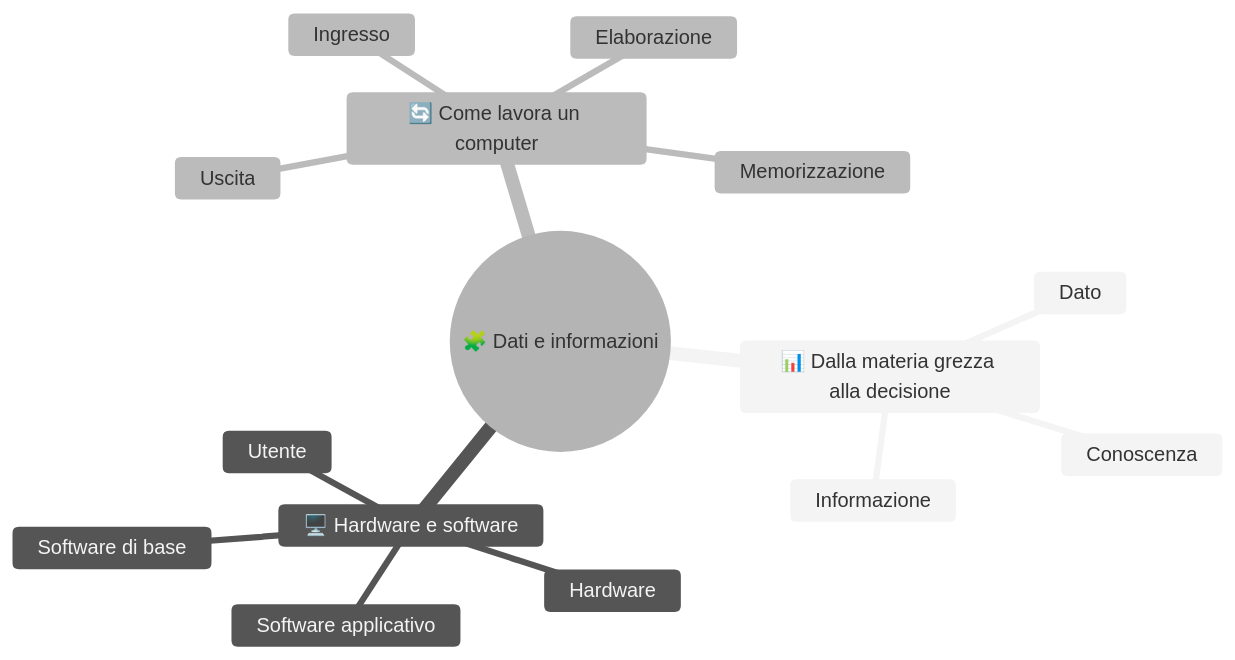
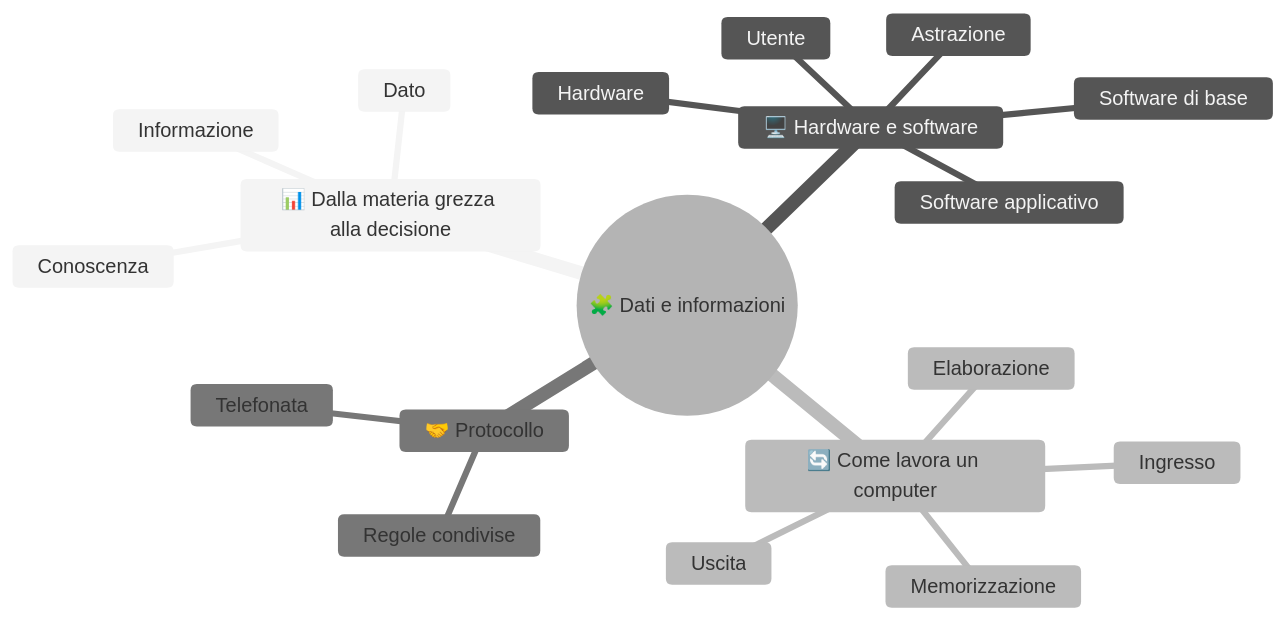
One commit to Neeqstock/dispense-caramuel changed the first of 2 diagrams in 1CI - Informatica/1 SETT-OTT/(STU) 1CI sett-ott S2 - Dati e informazioni.md. Above: the diagram before and after it, drawn with Mermaid (neutral theme). The commit also changed other lines of this file and 18 other files, not shown here.

````diff
--- a/1CI - Informatica/1 SETT-OTT/(STU) 1CI sett-ott S2 - Dati e informazioni.md
+++ b/1CI - Informatica/1 SETT-OTT/(STU) 1CI sett-ott S2 - Dati e informazioni.md
@@ -10,22 +10,26 @@
 ```mermaid
 ---
 config:
   layout: tidy-tree
 ---
 mindmap
   root((🧩 Dati e informazioni))
     📊 Dalla materia grezza alla decisione
       Dato
       Informazione
       Conoscenza
     🖥️ Hardware e software
       Hardware
       Software di base
       Software applicativo
       Utente
+      Astrazione
     🔄 Come lavora un computer
       Ingresso
       Elaborazione
       Uscita
       Memorizzazione
+    🤝 Protocollo
+      Regole condivise
+      Telefonata
 ```
````
